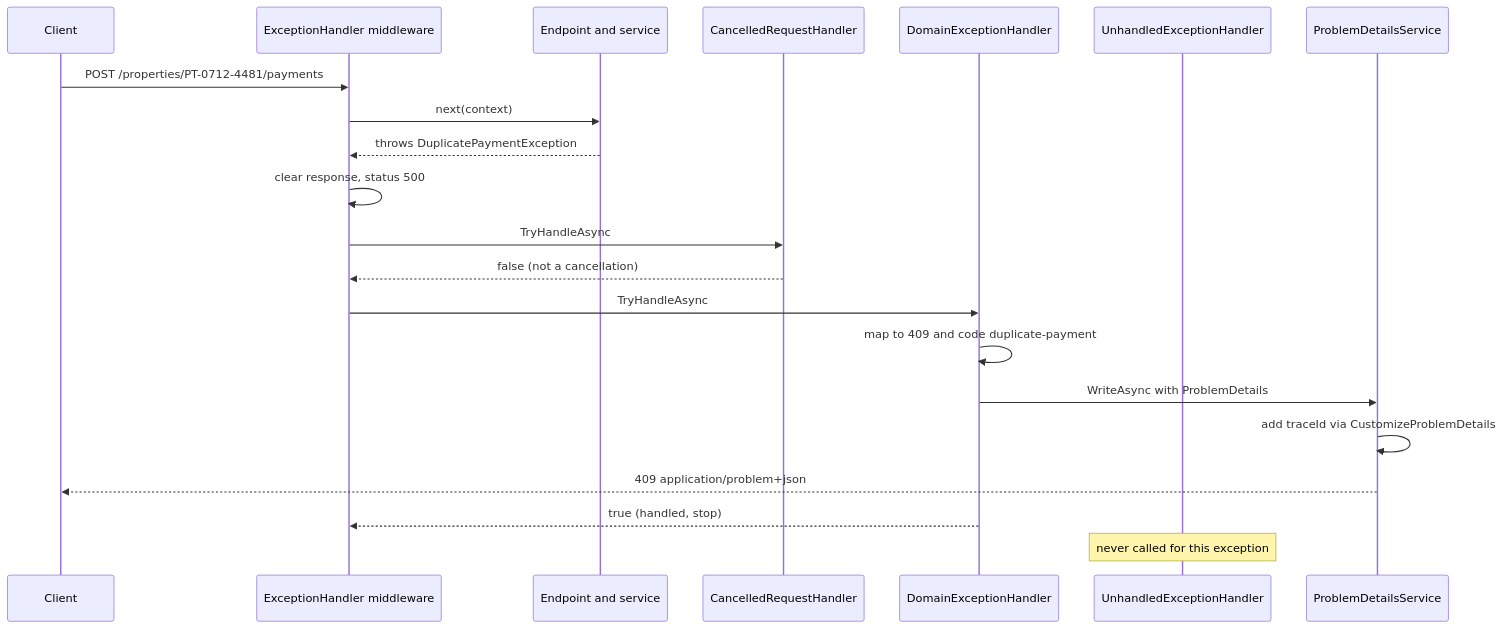
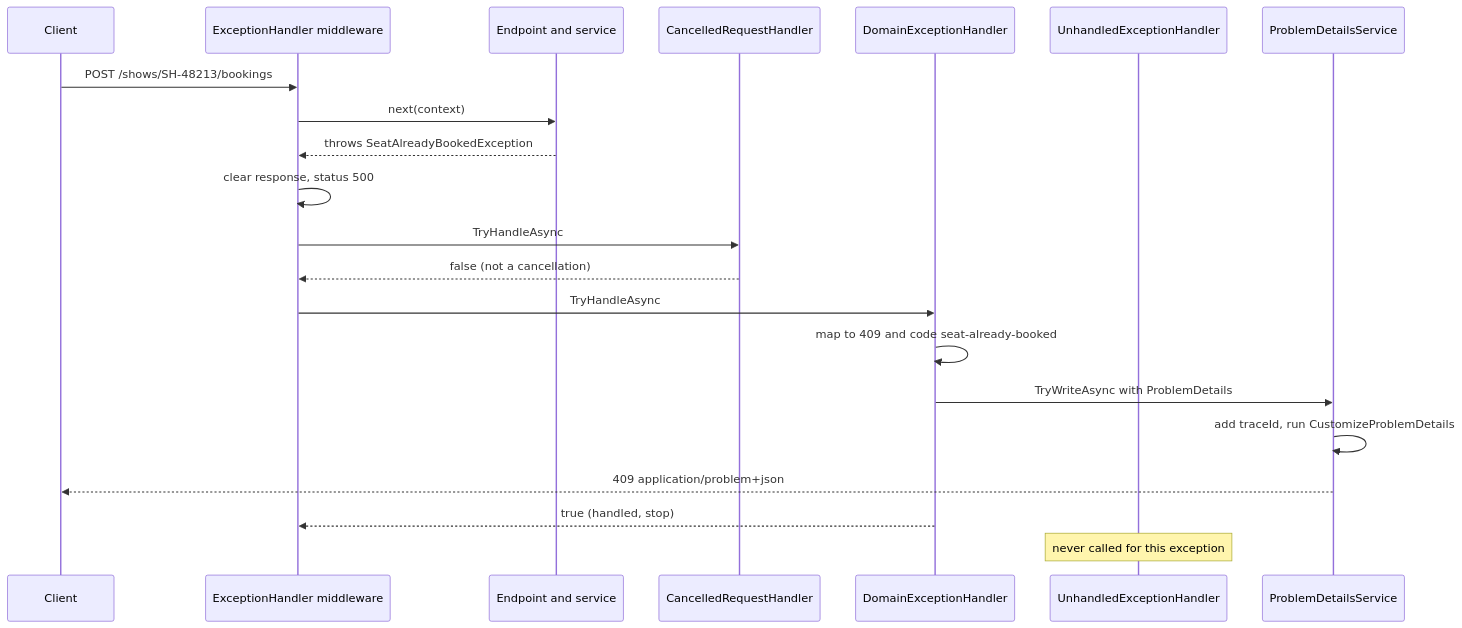
The second of 2 diagrams in content/lessons/m03/m03-filters-exceptions.md (rizwi0786/system-design-lab), drawn with Mermaid before and after one commit. The commit also changed other lines of this file and 334 other files, not shown here.

````diff
--- a/content/lessons/m03/m03-filters-exceptions.md
+++ b/content/lessons/m03/m03-filters-exceptions.md
@@ -246,23 +248,23 @@
 ```mermaid
 sequenceDiagram
     participant C as Client
     participant EH as ExceptionHandler middleware
     participant E as Endpoint and service
     participant H1 as CancelledRequestHandler
     participant H2 as DomainExceptionHandler
     participant H3 as UnhandledExceptionHandler
     participant PD as ProblemDetailsService
-    C->>EH: POST /properties/PT-0712-4481/payments
+    C->>EH: POST /shows/SH-48213/bookings
     EH->>E: next(context)
-    E-->>EH: throws DuplicatePaymentException
+    E-->>EH: throws SeatAlreadyBookedException
     EH->>EH: clear response, status 500
     EH->>H1: TryHandleAsync
     H1-->>EH: false (not a cancellation)
     EH->>H2: TryHandleAsync
-    H2->>H2: map to 409 and code duplicate-payment
-    H2->>PD: WriteAsync with ProblemDetails
-    PD->>PD: add traceId via CustomizeProblemDetails
+    H2->>H2: map to 409 and code seat-already-booked
+    H2->>PD: TryWriteAsync with ProblemDetails
+    PD->>PD: add traceId, run CustomizeProblemDetails
     PD-->>C: 409 application/problem+json
     H2-->>EH: true (handled, stop)
     Note over H3: never called for this exception
 ```
````
